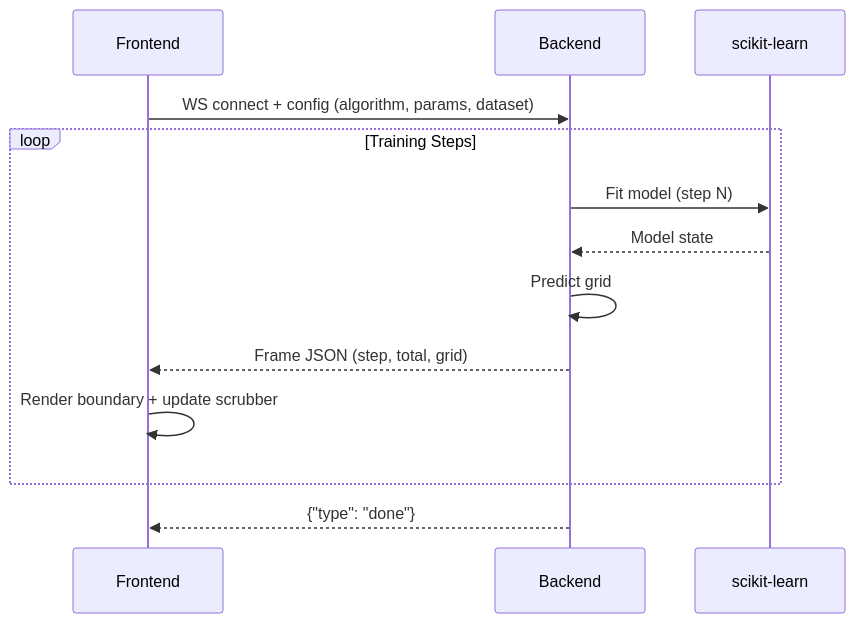
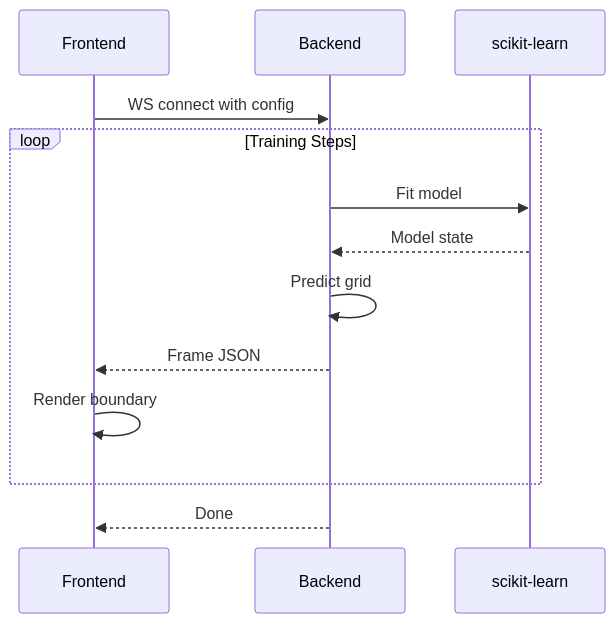
The third of 3 diagrams in README.md (mahirmlk/Confluence), drawn with Mermaid before and after one commit. The commit also changed other lines of this file, not shown here.

Commit message:
docs(readme): simplify Mermaid diagrams for GitHub compatibility

````diff
--- a/README.md
+++ b/README.md
@@ -270,16 +265,16 @@
 ```mermaid
 sequenceDiagram
     participant FE as Frontend
     participant BE as Backend
     participant ML as scikit-learn
 
-    FE->>BE: WS connect + config (algorithm, params, dataset)
+    FE->>BE: WS connect with config
     loop Training Steps
-        BE->>ML: Fit model (step N)
+        BE->>ML: Fit model
         ML-->>BE: Model state
         BE->>BE: Predict grid
-        BE-->>FE: Frame JSON (step, total, grid)
-        FE->>FE: Render boundary + update scrubber
+        BE-->>FE: Frame JSON
+        FE->>FE: Render boundary
     end
-    BE-->>FE: {"type": "done"}
+    BE-->>FE: Done
 ```
````
